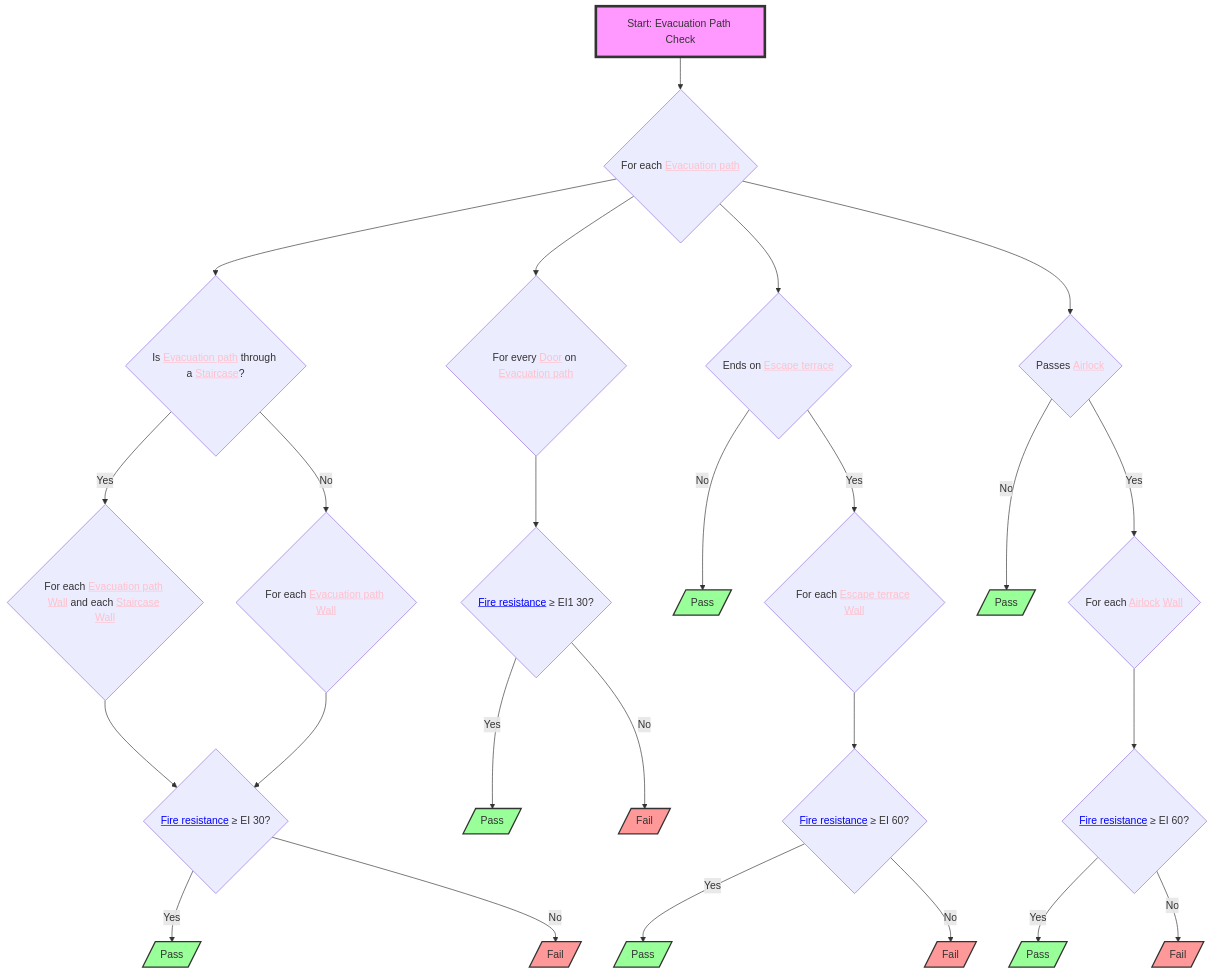
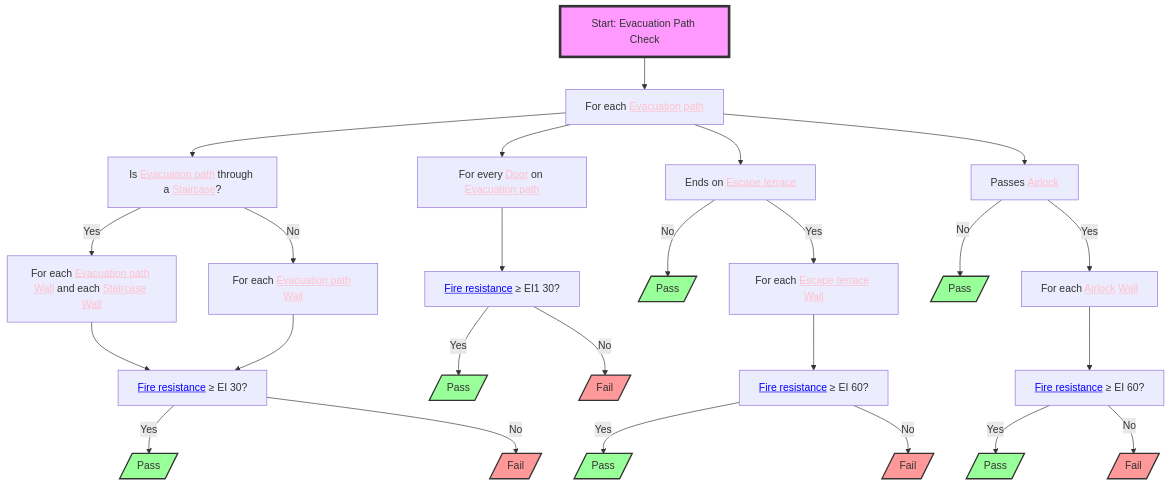
Before and after one commit to CedricDriesen92/RulebookProcessing: the diagram in trainingsamplesRuleToMMD/section_4_2.mmd, drawn with Mermaid. The commit also changed 24 other files, not shown here.

```diff
--- a/trainingsamplesRuleToMMD/section_4_2.mmd
+++ b/trainingsamplesRuleToMMD/section_4_2.mmd
@@ -1,38 +1,38 @@
 flowchart TD
-    S1["Start: Evacuation Path Check"] --> A{"For each <a href="http://example.com/firebimbuilding#EvacuationPath" style="color:pink;">Evacuation path</a>"}
-    A --> B{"Is <a href="http://example.com/firebimbuilding#EvacuationPath" style="color:pink;">Evacuation path</a> through a <a href="http://example.com/firebimbuilding#Staircase" style="color:pink">Staircase</a>?"} & I{"For every&nbsp;<a href="http://example.com/firebimbuilding#Door" style="color:pink">Door</a>&nbsp;on <a href="http://example.com/firebimbuilding#EvacuationPath" style="color:pink">Evacuation path</a>"} & N{"Ends on&nbsp;<a href="http://example.com/firebimbuilding#EscapeTerrace" style="color:pink">Escape terrace</a>"} & V{"Passes&nbsp;<a href="http://example.com/firebimbuilding#Airlock" style="color:pink">Airlock</a>"}
-    B -- Yes --> C{"For each <a href="http://example.com/firebimbuilding#EvacuationPath" style="color:pink;">Evacuation path</a> <a href="http://example.com/firebimbuilding#Wall" style="color:pink">Wall</a> and each <a href="http://example.com/firebimbuilding#Staircase" style="color:pink">Staircase</a> <a href="http://example.com/firebimbuilding#Wall" style="color:pink">Wall</a>"}
-    B -- No --> D{"For each <a href="http://example.com/firebimbuilding#EvacuationPath" style="color:pink;">Evacuation path</a> <a href="http://example.com/firebimbuilding#Wall" style="color:pink">Wall</a>"}
-    C --> F{"<a href="http://example.com/firebimbuilding#FireResistance" style="color:blue">Fire resistance</a> ≥ EI 30?"}
+    S1["Start: Evacuation Path Check"] --> A["For each <a href="http://example.com/firebimbuilding#EvacuationPath" style="color:pink;">Evacuation path</a>"]
+    A --> B["Is <a href="http://example.com/firebimbuilding#EvacuationPath" style="color:pink;">Evacuation path</a> through a <a href="http://example.com/firebimbuilding#Staircase" style="color:pink">Staircase</a>?"] & I["For every&nbsp;<a href="http://example.com/firebimbuilding#Door" style="color:pink">Door</a>&nbsp;on <a href="http://example.com/firebimbuilding#EvacuationPath" style="color:pink">Evacuation path</a>"] & N["Ends on&nbsp;<a href="http://example.com/firebimbuilding#EscapeTerrace" style="color:pink">Escape terrace</a>"] & V["Passes&nbsp;<a href="http://example.com/firebimbuilding#Airlock" style="color:pink">Airlock</a>"]
+    B -- Yes --> C["For each <a href="http://example.com/firebimbuilding#EvacuationPath" style="color:pink;">Evacuation path</a> <a href="http://example.com/firebimbuilding#Wall" style="color:pink">Wall</a> and each <a href="http://example.com/firebimbuilding#Staircase" style="color:pink">Staircase</a> <a href="http://example.com/firebimbuilding#Wall" style="color:pink">Wall</a>"]
+    B -- No --> D["For each <a href="http://example.com/firebimbuilding#EvacuationPath" style="color:pink;">Evacuation path</a> <a href="http://example.com/firebimbuilding#Wall" style="color:pink">Wall</a>"]
+    C --> F["<a href="http://example.com/firebimbuilding#FireResistance" style="color:blue">Fire resistance</a> ≥ EI 30?"]
     F -- Yes --> G[/"Pass"/]
     F -- No --> H[/"Fail"/]
-    K{"<a href="http://example.com/firebimbuilding#FireResistance" style="color:blue;">Fire resistance</a> ≥ EI1 30?"} -- Yes --> L[/"Pass"/]
+    K["<a href="http://example.com/firebimbuilding#FireResistance" style="color:blue;">Fire resistance</a> ≥ EI1 30?"] -- Yes --> L[/"Pass"/]
     K -- No --> M[/"Fail"/]
-    R{"<a href="http://example.com/firebimbuilding#FireResistance" style="color:blue;">Fire resistance</a> ≥ EI 60?"} -- Yes --> S[/"Pass"/]
+    R["<a href="http://example.com/firebimbuilding#FireResistance" style="color:blue;">Fire resistance</a> ≥ EI 60?"] -- Yes --> S[/"Pass"/]
     R -- No --> T[/"Fail"/]
     N -- No --> U[/"Pass"/]
-    Z{"<a href="http://example.com/firebimbuilding#FireResistance" style="color:blue;">Fire resistance</a> ≥ EI 60?"} -- Yes --> AA[/"Pass"/]
+    Z["<a href="http://example.com/firebimbuilding#FireResistance" style="color:blue;">Fire resistance</a> ≥ EI 60?"] -- Yes --> AA[/"Pass"/]
     Z -- No --> AB[/"Fail"/]
     V -- No --> AC[/"Pass"/]
     D --> F
     I --> K
-    N -- Yes --> P{"For each <a href="http://example.com/firebimbuilding#EscapeTerrace" style="color:pink;">Escape terrace</a> <a href="http://example.com/firebimbuilding#Wall" style="color:pink">Wall</a>"}
-    X{"For each <a href="http://example.com/firebimbuilding#Airlock" style="color:pink;">Airlock</a> <a href="http://example.com/firebimbuilding#Wall" style="color:pink">Wall</a>"} --> Z
+    N -- Yes --> P["For each <a href="http://example.com/firebimbuilding#EscapeTerrace" style="color:pink;">Escape terrace</a> <a href="http://example.com/firebimbuilding#Wall" style="color:pink">Wall</a>"]
+    X["For each <a href="http://example.com/firebimbuilding#Airlock" style="color:pink;">Airlock</a> <a href="http://example.com/firebimbuilding#Wall" style="color:pink">Wall</a>"] --> Z
     P --> R
     V -- Yes --> X
 
      S1:::startClass
      G:::passClass
      H:::failClass
      L:::passClass
      M:::failClass
      S:::passClass
      T:::failClass
      U:::passClass
      AA:::passClass
      AB:::failClass
      AC:::passClass
     classDef startClass fill:#f9f,stroke:#333,stroke-width:4px
     classDef passClass fill:#9f9,stroke:#333,stroke-width:2px
     classDef failClass fill:#f99,stroke:#333,stroke-width:2px
     classDef continueClass fill:#FFD600,stroke:#333,stroke-width:2px
```
